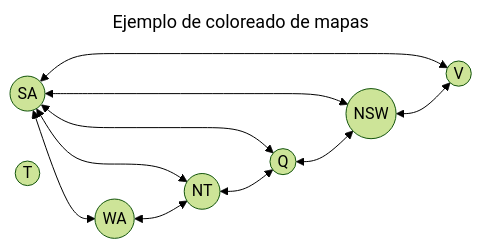
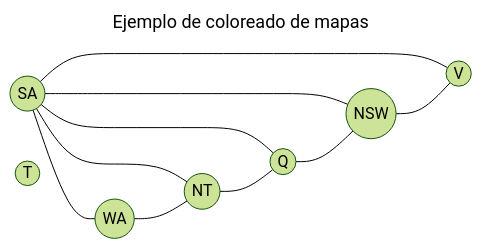
One commit to miguelvillamateos/csp changed the diagram in README.md. Above: the diagram before and after it, drawn with Mermaid (forest theme).

````diff
--- a/README.md
+++ b/README.md
@@ -11,23 +11,23 @@
 ```mermaid
 ---
 title: Ejemplo de coloreado de mapas
 ---
 flowchart LR  
     SA((SA))
     WA((WA))
     NT((NT))
     Q((Q))
     NSW((NSW))
     V((V))
     T((T))
-    SA <--> WA
-    SA <--> NT
-    SA <--> Q
-    SA <--> NSW
-    SA <--> V
-    WA <--> NT
-    NT <--> Q
-    Q <--> NSW
-    NSW <--> V
+    SA --- WA
+    SA --- NT
+    SA --- Q
+    SA --- NSW
+    SA --- V
+    WA --- NT
+    NT --- Q
+    Q --- NSW
+    NSW --- V
     
 ```
````
